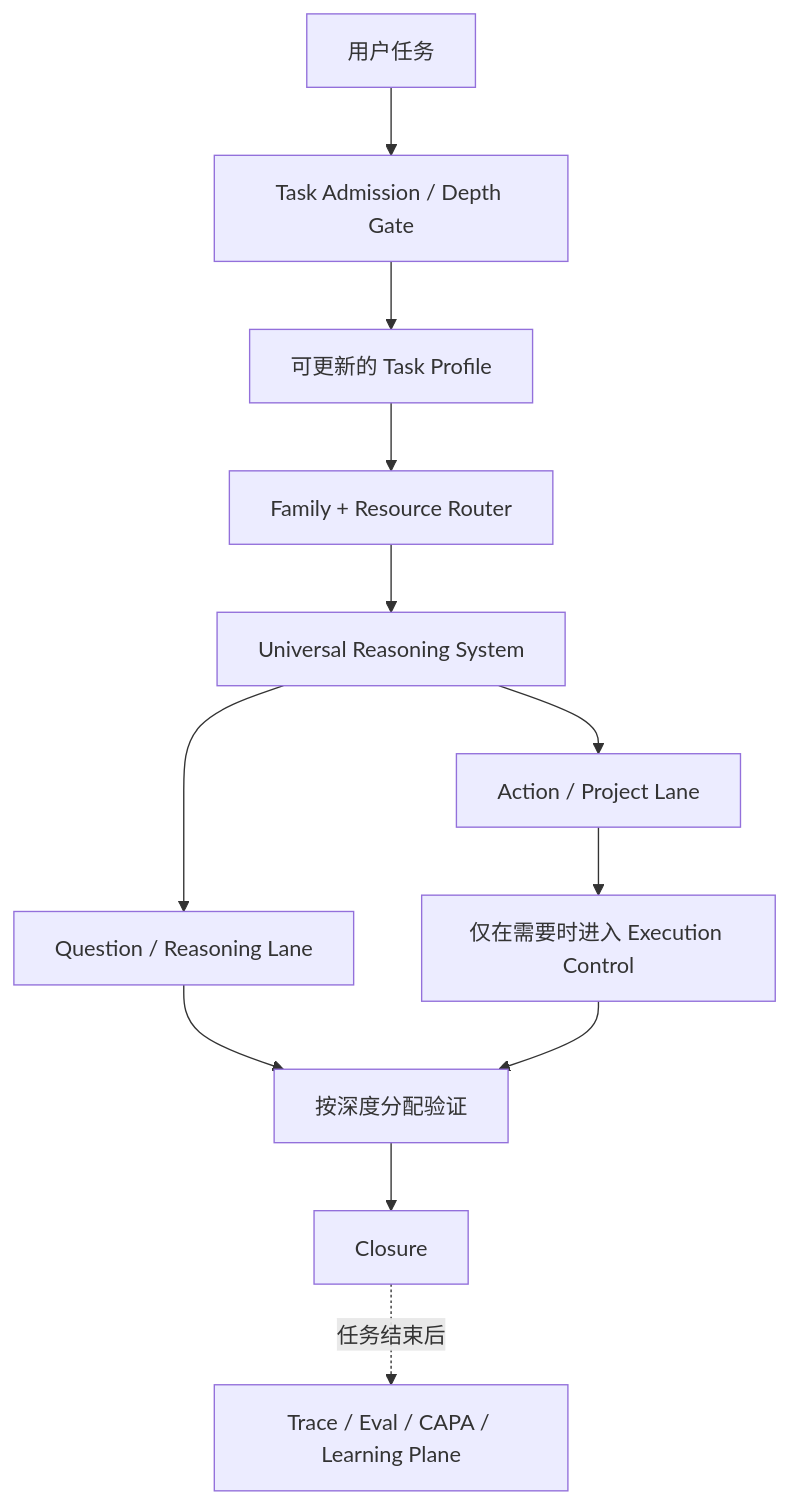
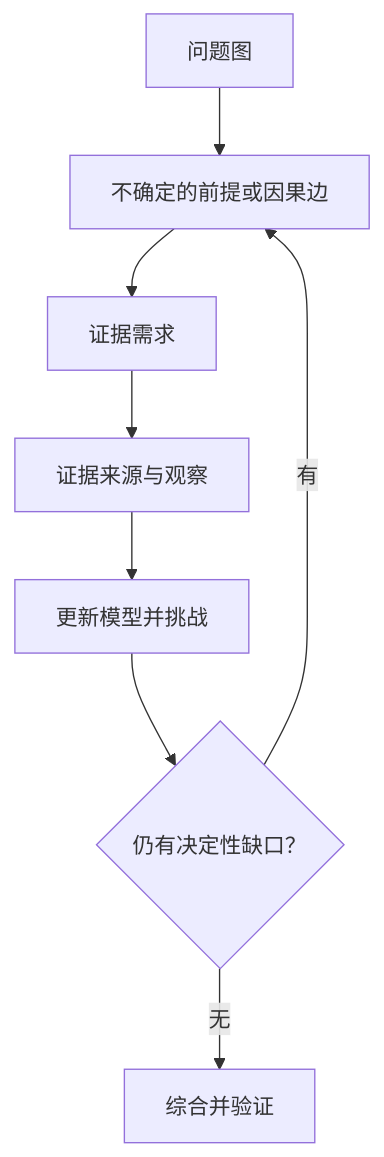
One commit to zy839971925-zyy/Agent--deep-research-Workflow-Skills changed the diagram in README.zh-CN.md. Above: the diagram before and after it, drawn with Mermaid. The commit also changed other lines of this file and 2 other files, not shown here.

````diff
--- a/README.zh-CN.md
+++ b/README.zh-CN.md
@@ -112,17 +145,10 @@
 ```mermaid
 flowchart TD
-    U["用户任务"] --> G["Task Admission / Depth Gate"]
-    G --> P["可更新的 Task Profile"]
-    P --> R["Family + Resource Router"]
-    R --> C["Universal Reasoning System"]
-
-    C --> Q["Question / Reasoning Lane"]
-    C --> A["Action / Project Lane"]
-
-    Q --> V["按深度分配验证"]
-    A --> E["仅在需要时进入 Execution Control"]
-    E --> V
-
-    V --> X["Closure"]
-    X -. 任务结束后 .-> L["Trace / Eval / CAPA / Learning Plane"]
+    P["问题图"] --> U["不确定的前提或因果边"]
+    U --> N["证据需求"]
+    N --> E["证据来源与观察"]
+    E --> M["更新模型并挑战"]
+    M --> D{"仍有决定性缺口？"}
+    D -->|有| U
+    D -->|无| S["综合并验证"]
 ```
````
